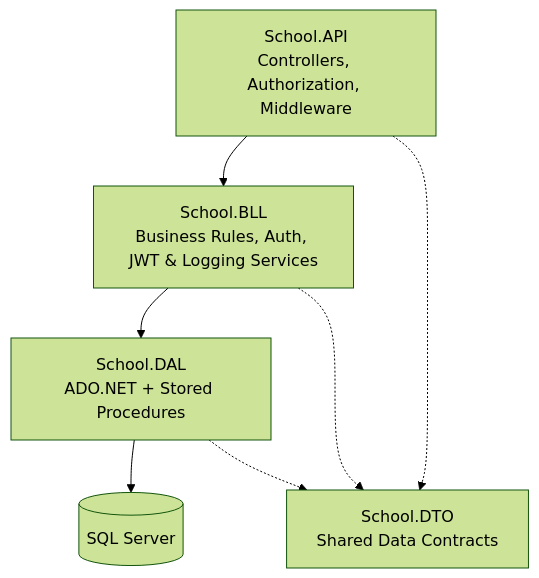
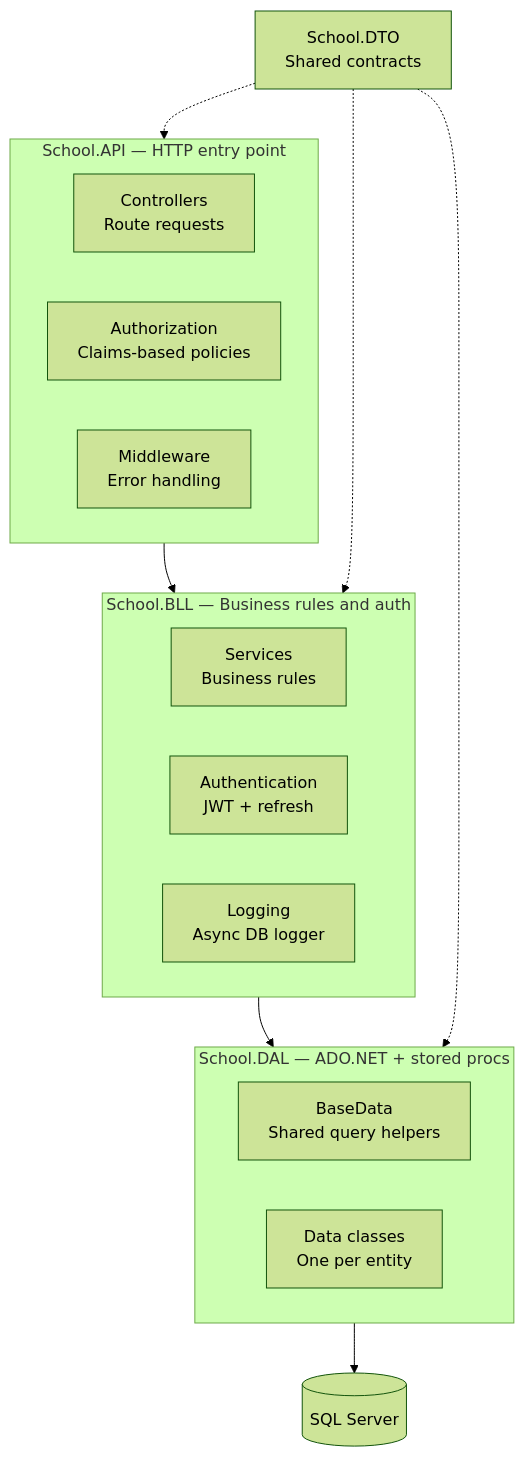
One commit to Sherif-Osama/School-Management-System changed the diagram in README.md. Above: the diagram before and after it, drawn with Mermaid (forest theme). The commit also changed other lines of this file and 5 other files, not shown here.

````diff
--- a/README.md
+++ b/README.md
@@ -36,9 +36,26 @@
 ```mermaid
 flowchart TD
-    A[School.API<br/>Controllers, Authorization, Middleware] --> B[School.BLL<br/>Business Rules, Auth, JWT & Logging Services]
-    B --> C[School.DAL<br/>ADO.NET + Stored Procedures]
-    C --> D[(SQL Server)]
-    A -.-> E[School.DTO<br/>Shared Data Contracts]
-    B -.-> E
-    C -.-> E
+    subgraph API["School.API — HTTP entry point"]
+        A1[Controllers<br/>Route requests]
+        A2[Authorization<br/>Claims-based policies]
+        A3[Middleware<br/>Error handling]
+    end
+
+    subgraph BLL["School.BLL — Business rules and auth"]
+        B1[Services<br/>Business rules]
+        B2[Authentication<br/>JWT + refresh]
+        B3[Logging<br/>Async DB logger]
+    end
+
+    subgraph DAL["School.DAL — ADO.NET + stored procs"]
+        C1[BaseData<br/>Shared query helpers]
+        C2[Data classes<br/>One per entity]
+    end
+
+    API --> BLL --> DAL --> D[(SQL Server)]
+
+    DTO[School.DTO<br/>Shared contracts]
+    DTO -.-> API
+    DTO -.-> BLL
+    DTO -.-> DAL
 ```
````
